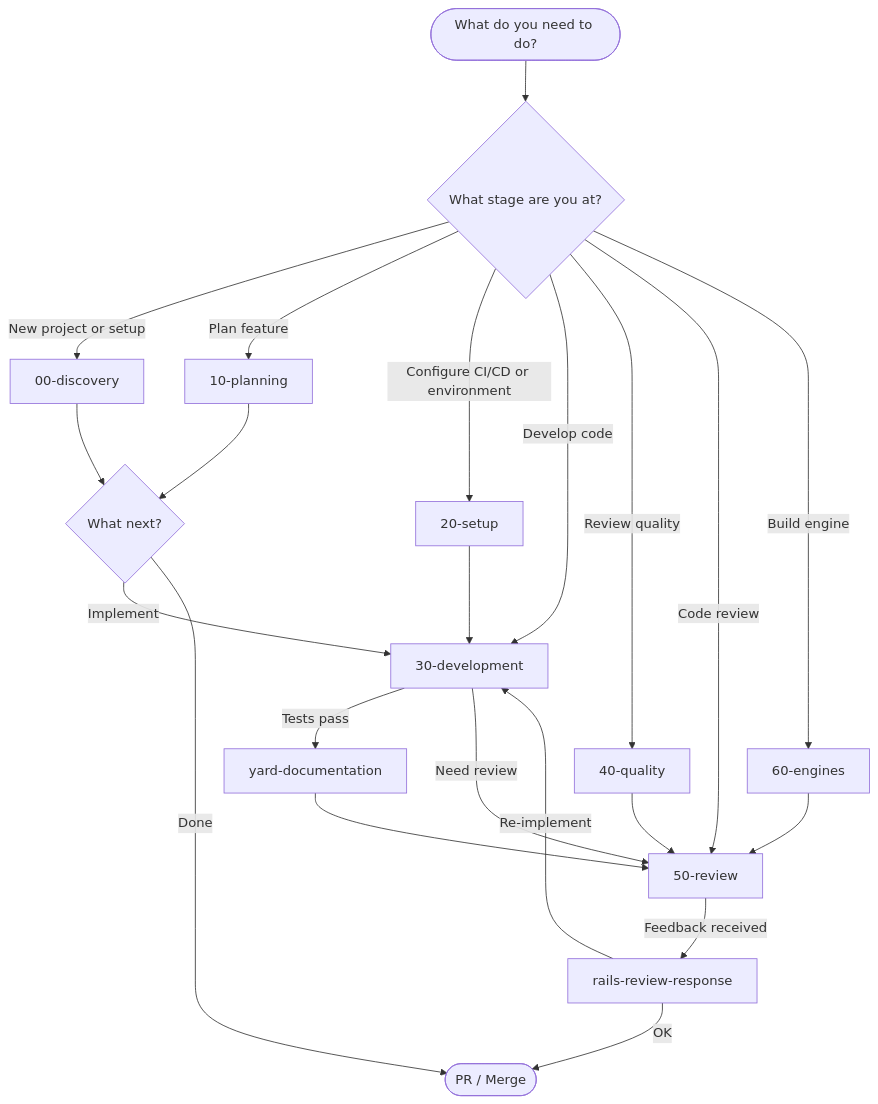
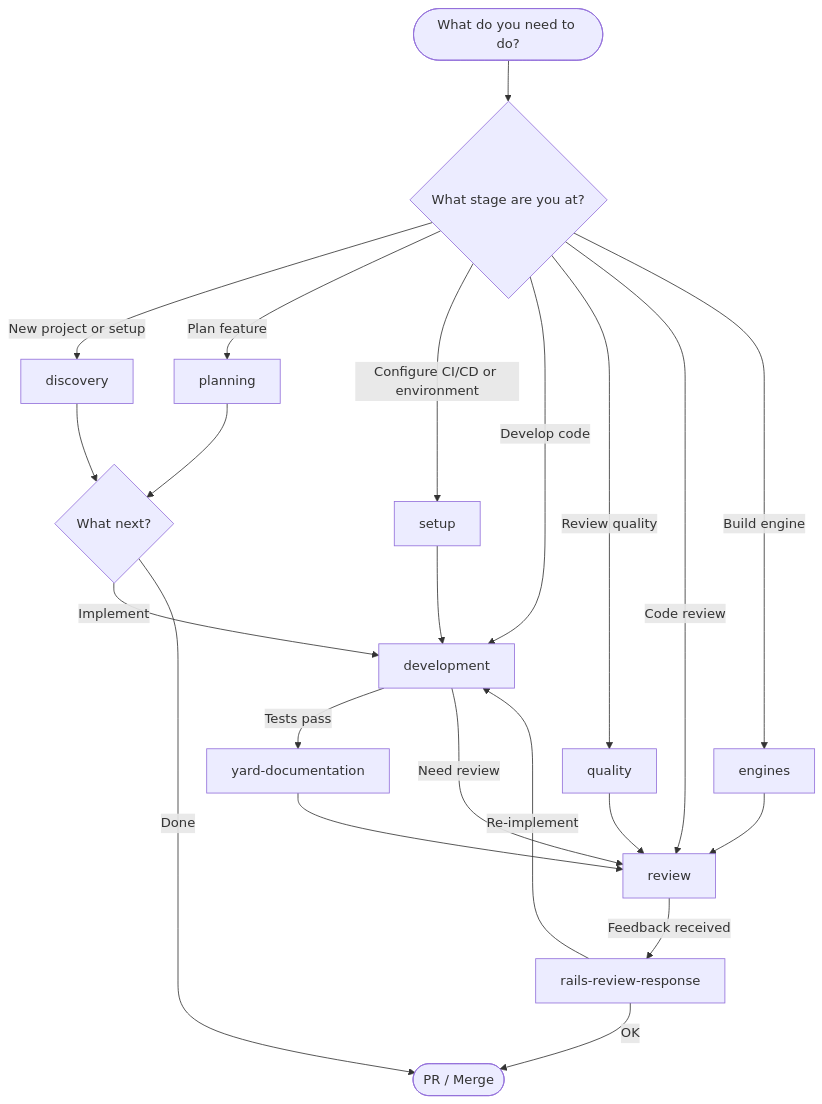
Before and after one commit to igmarin/my-RoR-personal-skills: the diagram in docs/workflows/README.md, drawn with Mermaid. The commit also changed other lines of this file and 213 other files, not shown here.

````diff
--- a/docs/workflows/README.md
+++ b/docs/workflows/README.md
@@ -9,30 +9,30 @@
 ```mermaid
 flowchart TD
     START([What do you need to do?]) --> DECISION{What stage are you at?}
 
-    DECISION -->|New project or setup| DISCOVERY[00-discovery]
-    DECISION -->|Plan feature| PLANNING[10-planning]
-    DECISION -->|Configure CI/CD or environment| SETUP[20-setup]
-    DECISION -->|Develop code| DEV[30-development]
-    DECISION -->|Review quality| QUALITY[40-quality]
-    DECISION -->|Code review| REVIEW[50-review]
-    DECISION -->|Build engine| ENGINES[60-engines]
+    DECISION -->|New project or setup| DISCOVERY[discovery]
+    DECISION -->|Plan feature| PLANNING[planning]
+    DECISION -->|Configure CI/CD or environment| SETUP[setup]
+    DECISION -->|Develop code| DEV[development]
+    DECISION -->|Review quality| QUALITY[quality]
+    DECISION -->|Code review| REVIEW[review]
+    DECISION -->|Build engine| ENGINES[engines]
 
     DISCOVERY --> NEXT{What next?}
     PLANNING --> NEXT
     SETUP --> DEV
 
     NEXT -->|Implement| DEV
     NEXT -->|Done| END([PR / Merge])
 
     DEV -->|Tests pass| YARD[yard-documentation]
     DEV -->|Need review| REVIEW
 
     YARD --> REVIEW
     REVIEW -->|Feedback received| RESPOND[rails-review-response]
     RESPOND -->|Re-implement| DEV
     RESPOND -->|OK| END
 
     QUALITY --> REVIEW
     ENGINES --> REVIEW
 ```
````
